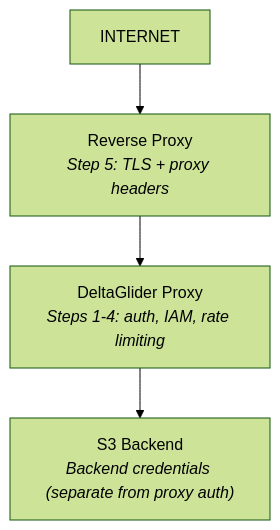
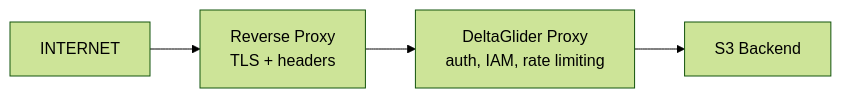
Before and after one commit to beshu-tech/deltaglider_proxy: the first of 2 diagrams in docs/HOWTO_SECURITY_BASICS.md, drawn with Mermaid (forest theme).

Commit message:
Security Basics diagram: use graph LR for compact horizontal layout

````diff
--- a/docs/HOWTO_SECURITY_BASICS.md
+++ b/docs/HOWTO_SECURITY_BASICS.md
@@ -11,6 +11,6 @@
 ```mermaid
-graph TD
-    A["INTERNET"] --> B["Reverse Proxy<br/><i>Step 5: TLS + proxy headers</i>"]
-    B --> C["DeltaGlider Proxy<br/><i>Steps 1-4: auth, IAM, rate limiting</i>"]
-    C --> D["S3 Backend<br/><i>Backend credentials (separate from proxy auth)</i>"]
+graph LR
+    A["INTERNET"] --> B["Reverse Proxy<br/>TLS + headers"]
+    B --> C["DeltaGlider Proxy<br/>auth, IAM, rate limiting"]
+    C --> D["S3 Backend"]
 ```
````
